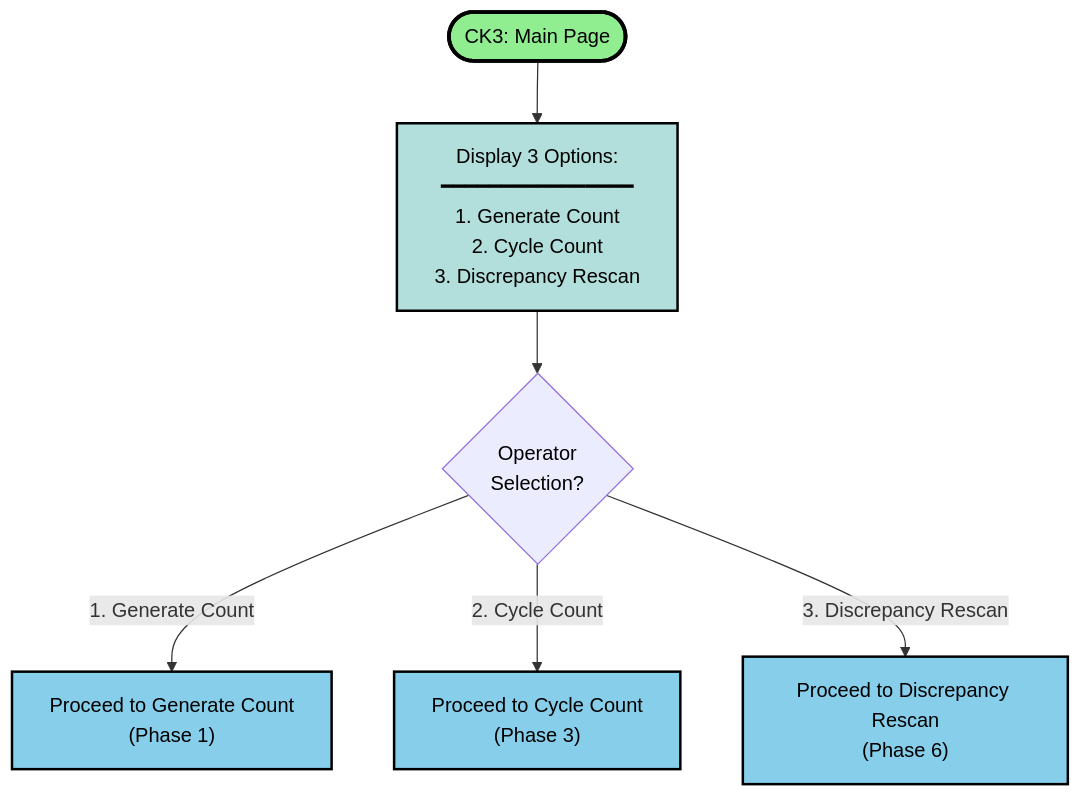
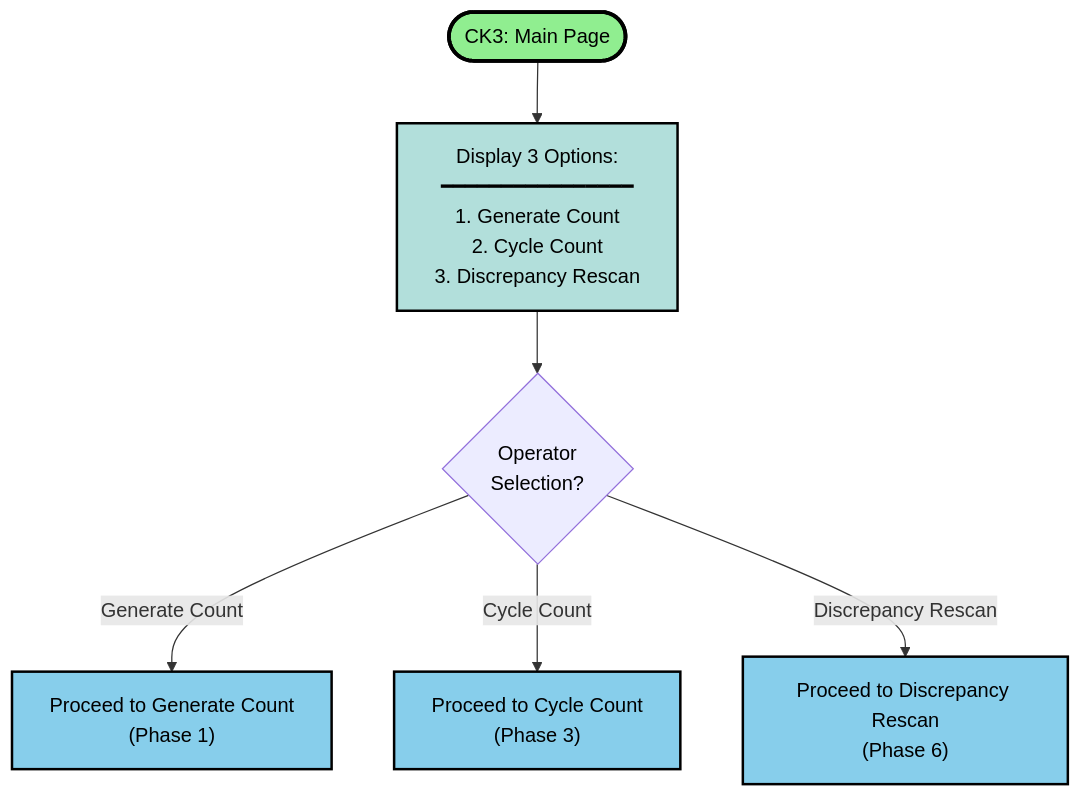
The first of 8 diagrams in workflow.md (kohjs/RMC-Cycle-Count), drawn with Mermaid before and after one commit. The commit also changed other lines of this file and 1 other file, not shown here.

````diff
--- a/workflow.md
+++ b/workflow.md
@@ -28,15 +28,18 @@
 ```mermaid
 flowchart TD
     Start(["CK3: Main Page"]) --> Main["Display 3 Options:<br>━━━━━━━━━━━━━━━━<br>1. Generate Count<br>2. Cycle Count<br>3. Discrepancy Rescan"]
     Main --> Choice{"Operator<br>Selection?"}
-    Choice -- "1. Generate Count" --> Gen["Proceed to Generate Count<br>(Phase 1)"]
-    Choice -- "2. Cycle Count" --> CC["Proceed to Cycle Count<br>(Phase 3)"]
-    Choice -- "3. Discrepancy Rescan" --> DR["Proceed to Discrepancy Rescan<br>(Phase 6)"]
+    Choice -- Generate Count --> Gen["Proceed to Generate Count<br>(Phase 1)"]
+    Choice -- Cycle Count --> CC["Proceed to Cycle Count<br>(Phase 3)"]
+    Choice -- Discrepancy Rescan --> DR["Proceed to Discrepancy Rescan<br>(Phase 6)"]
 
     style Start fill:#90EE90,stroke:#000,stroke-width:3px,color:#000
     style Main fill:#B2DFDB,stroke:#000,stroke-width:2px,color:#000
     style Choice color:#000
     style Gen fill:#87CEEB,stroke:#000,stroke-width:2px,color:#000
     style CC fill:#87CEEB,stroke:#000,stroke-width:2px,color:#000
     style DR fill:#87CEEB,stroke:#000,stroke-width:2px,color:#000
+
+
+
 ```
````
